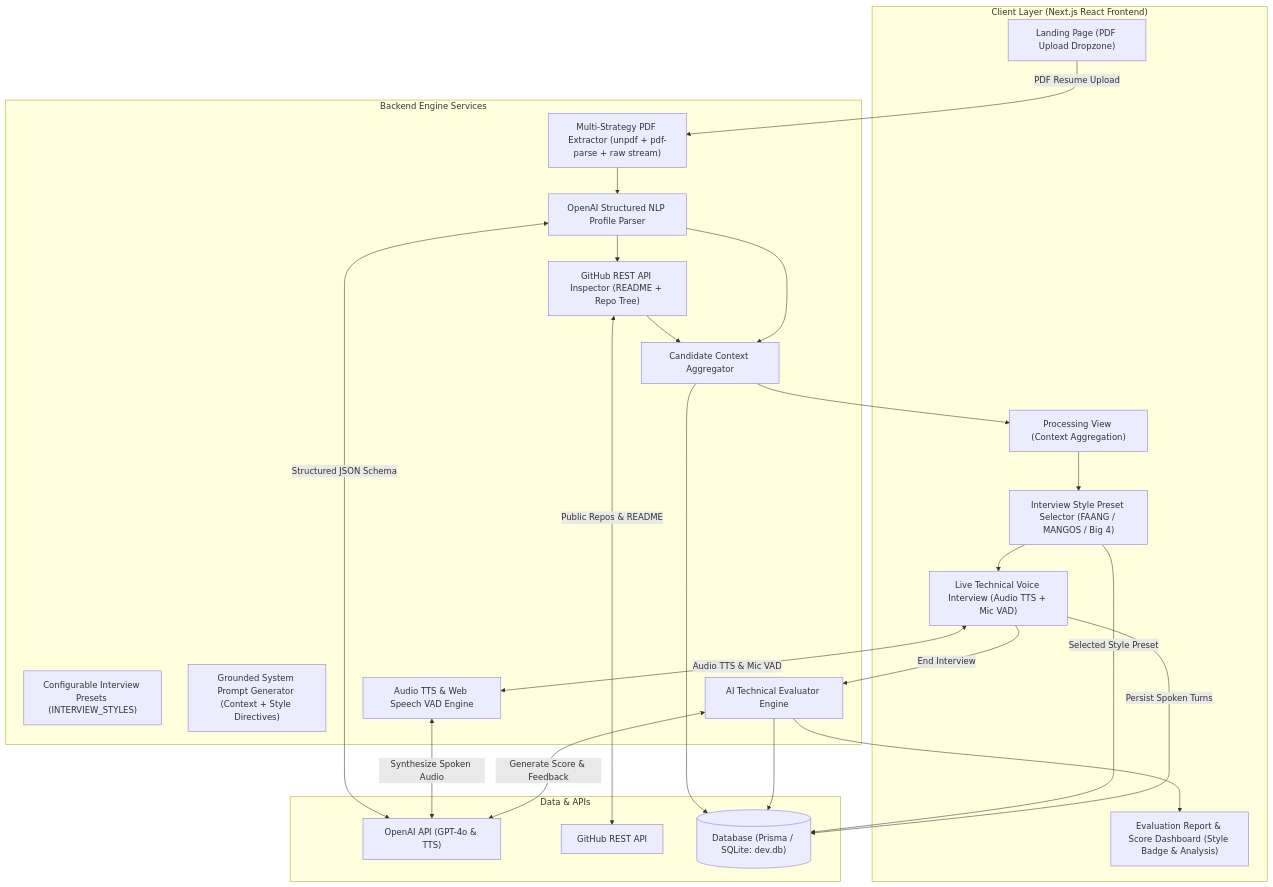
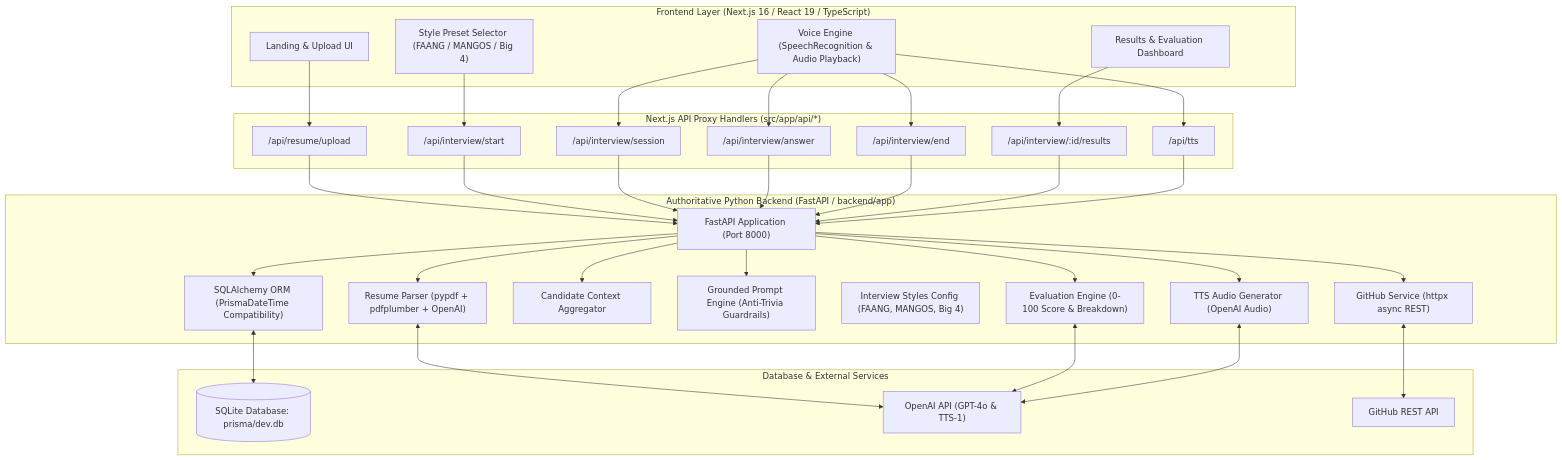
One commit to Amolika123/IntervAI changed the diagram in README.md. Above: the diagram before and after it, drawn with Mermaid. The commit also changed other lines of this file and 73 other files, not shown here.

Commit message:
backend reconstructed via Python

````diff
--- a/README.md
+++ b/README.md
@@ -33,49 +32,67 @@
 ```mermaid
 flowchart TD
-    subgraph Client ["Client Layer (Next.js React Frontend)"]
-        Landing["Landing Page (PDF Upload Dropzone)"]
-        Processing["Processing View (Context Aggregation)"]
-        StyleSelector["Interview Style Preset Selector (FAANG / MANGOS / Big 4)"]
-        VoiceUI["Live Technical Voice Interview (Audio TTS + Mic VAD)"]
-        ResultsUI["Evaluation Report & Score Dashboard (Style Badge & Analysis)"]
+    subgraph Client ["Frontend Layer (Next.js 16 / React 19 / TypeScript)"]
+        UI["Landing & Upload UI"]
+        StyleSelector["Style Preset Selector (FAANG / MANGOS / Big 4)"]
+        VoiceEngine["Voice Engine (SpeechRecognition & Audio Playback)"]
+        ResultsUI["Results & Evaluation Dashboard"]
     end
 
-    subgraph CoreEngine ["Backend Engine Services"]
-        PDFExtract["Multi-Strategy PDF Extractor (unpdf + pdf-parse + raw stream)"]
-        NLPParser["OpenAI Structured NLP Profile Parser"]
-        GHService["GitHub REST API Inspector (README + Repo Tree)"]
-        ContextAggregator["Candidate Context Aggregator"]
-        StyleConfig["Configurable Interview Presets (INTERVIEW_STYLES)"]
-        GroundedPrompt["Grounded System Prompt Generator (Context + Style Directives)"]
-        VoiceEngine["Audio TTS & Web Speech VAD Engine"]
-        EvalEngine["AI Technical Evaluator Engine"]
+    subgraph ProxyLayer ["Next.js API Proxy Handlers (src/app/api/*)"]
+        P_Upload["/api/resume/upload"]
+        P_Start["/api/interview/start"]
+        P_Session["/api/interview/session"]
+        P_Answer["/api/interview/answer"]
+        P_End["/api/interview/end"]
+        P_Results["/api/interview/:id/results"]
+        P_TTS["/api/tts"]
     end
 
-    subgraph DataStorage ["Data & APIs"]
-        OpenAI["OpenAI API (GPT-4o & TTS)"]
-        GitHub["GitHub REST API"]
-        DB[("Database (Prisma / SQLite: dev.db)")]
+    subgraph BackendEngine ["Authoritative Python Backend (FastAPI / backend/app)"]
+        FastAPI_Router["FastAPI Application (Port 8000)"]
+        PDFParser["Resume Parser (pypdf + pdfplumber + OpenAI)"]
+        GHService["GitHub Service (httpx async REST)"]
+        ContextBuilder["Candidate Context Aggregator"]
+        SystemPrompt["Grounded Prompt Engine (Anti-Trivia Guardrails)"]
+        StylesConfig["Interview Styles Config (FAANG, MANGOS, Big 4)"]
+        Evaluator["Evaluation Engine (0-100 Score & Breakdown)"]
+        TTSService["TTS Audio Generator (OpenAI Audio)"]
+        SQLAModels["SQLAlchemy ORM (PrismaDateTime Compatibility)"]
     end
 
-    Landing -->|PDF Resume Upload| PDFExtract
-    PDFExtract --> NLPParser
-    NLPParser <-->|Structured JSON Schema| OpenAI
-    NLPParser --> GHService
-    GHService <-->|Public Repos & README| GitHub
-    GHService & NLPParser --> ContextAggregator
-    ContextAggregator --> DB
-    ContextAggregator --> Processing
+    subgraph Storage ["Database & External Services"]
+        SQLite[("SQLite Database: prisma/dev.db")]
+        OpenAI["OpenAI API (GPT-4o & TTS-1)"]
+        GitHub["GitHub REST API"]
+    end
 
-    Processing --> StyleSelector
-    StyleSelector -->|Selected Style Preset| DB
-    StyleSelector --> VoiceUI
+    UI --> P_Upload
+    StyleSelector --> P_Start
+    VoiceEngine --> P_Session
+    VoiceEngine --> P_Answer
+    VoiceEngine --> P_TTS
+    VoiceEngine --> P_End
+    ResultsUI --> P_Results
 
-    VoiceUI <-->|Audio TTS & Mic VAD| VoiceEngine
-    VoiceEngine <-->|Synthesize Spoken Audio| OpenAI
-    VoiceUI -->|Persist Spoken Turns| DB
+    P_Upload --> FastAPI_Router
+    P_Start --> FastAPI_Router
+    P_Session --> FastAPI_Router
+    P_Answer --> FastAPI_Router
+    P_End --> FastAPI_Router
+    P_Results --> FastAPI_Router
+    P_TTS --> FastAPI_Router
 
-    VoiceUI -->|End Interview| EvalEngine
-    EvalEngine <-->|Generate Score & Feedback| OpenAI
-    EvalEngine --> DB
-    EvalEngine --> ResultsUI
+    FastAPI_Router --> PDFParser
+    FastAPI_Router --> GHService
+    FastAPI_Router --> ContextBuilder
+    FastAPI_Router --> SystemPrompt
+    FastAPI_Router --> Evaluator
+    FastAPI_Router --> TTSService
+    FastAPI_Router --> SQLAModels
+
+    PDFParser <--> OpenAI
+    Evaluator <--> OpenAI
+    TTSService <--> OpenAI
+    GHService <--> GitHub
+    SQLAModels <--> SQLite
 ```
````
